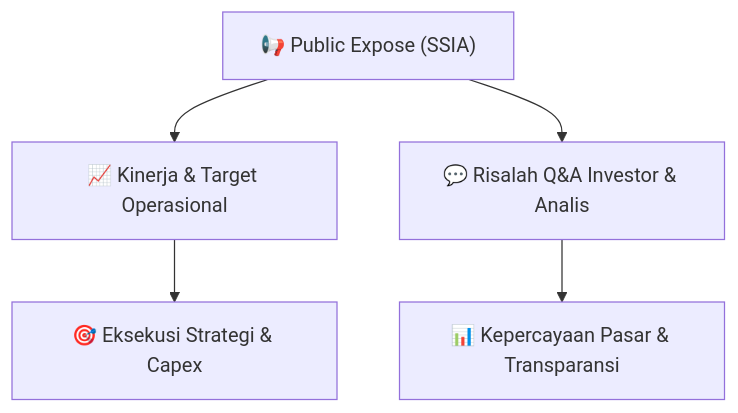
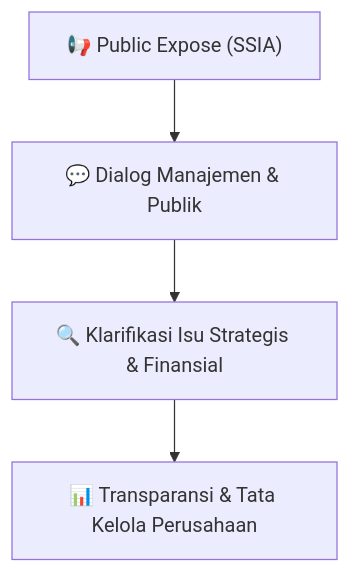
One commit to anYoneo/alphadigest-idx changed the diagram in reports/summaries/public-exposes/hasil-pubex/SSIA_Public_Expose_20260908.md. Above: the diagram before and after it, drawn with Mermaid. The commit also changed other lines of this file and 526 other files, not shown here.

````diff
--- a/reports/summaries/public-exposes/hasil-pubex/SSIA_Public_Expose_20260908.md
+++ b/reports/summaries/public-exposes/hasil-pubex/SSIA_Public_Expose_20260908.md
@@ -15,7 +167,6 @@
 ```mermaid
 flowchart TD
-    A["📢 Public Expose (SSIA)"] --> B["📈 Kinerja & Target Operasional"]
-    A --> C["💬 Risalah Q&A Investor & Analis"]
-    B --> D["🎯 Eksekusi Strategi & Capex"]
-    C --> E["📊 Kepercayaan Pasar & Transparansi"]
+    A["📢 Public Expose (SSIA)"] --> B["💬 Dialog Manajemen & Publik"]
+    B --> C["🔍 Klarifikasi Isu Strategis & Finansial"]
+    C --> D["📊 Transparansi & Tata Kelola Perusahaan"]
 ```
````
